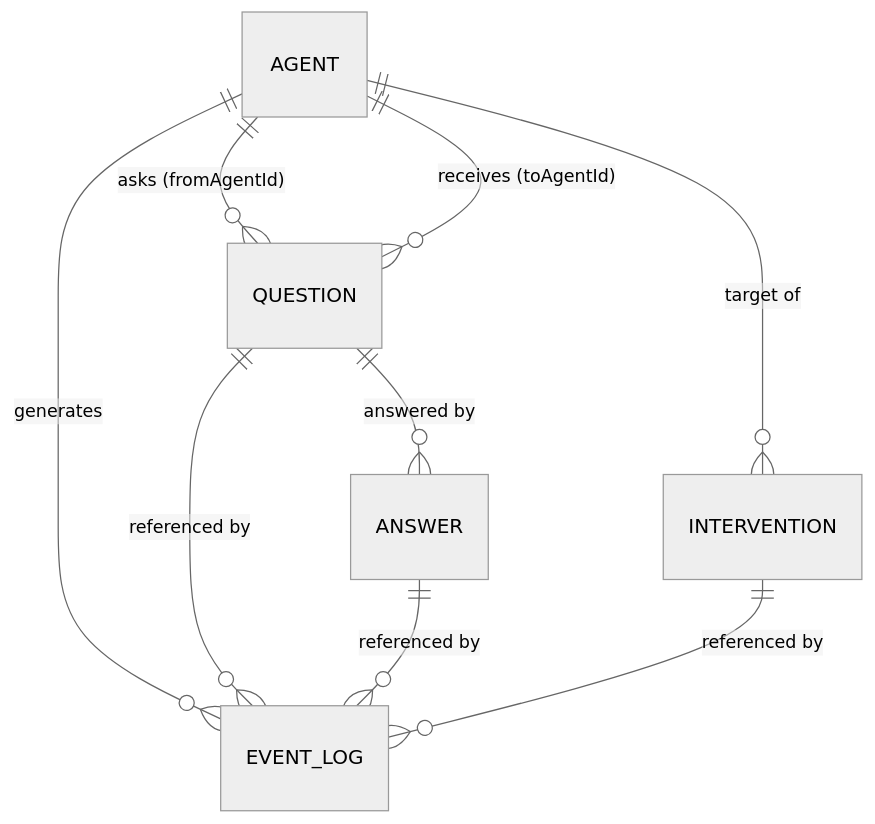
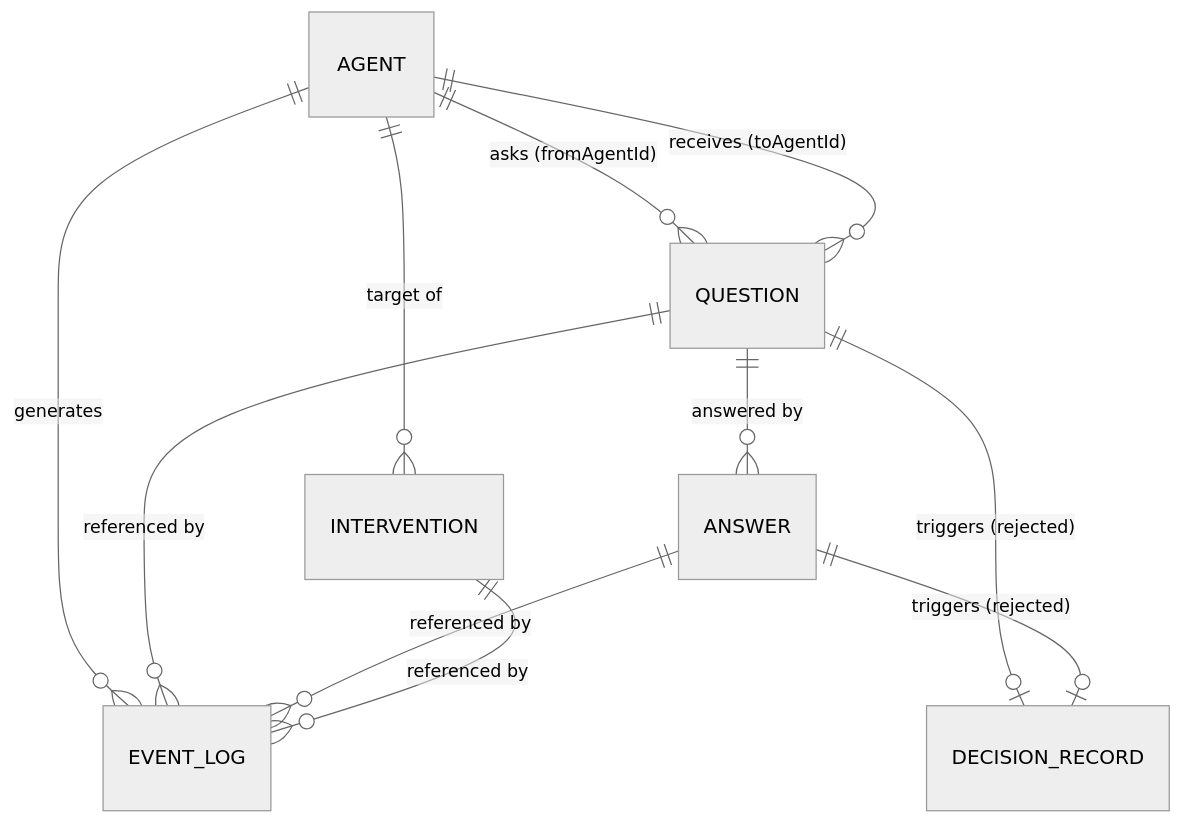
Before and after one commit to neisii/ai-development-orchestrator: the fifth of 5 diagrams in docs/data-model.md, drawn with Mermaid (neutral theme). The commit also changed other lines of this file and 15 other files, not shown here.

First line of the commit message:
Add Phase 2: Scribe Agent and Decision Record (requirements.md §15-20)

````diff
--- a/docs/data-model.md
+++ b/docs/data-model.md
@@ -200,11 +256,13 @@
 ```mermaid
 erDiagram
     AGENT ||--o{ EVENT_LOG : generates
     AGENT ||--o{ QUESTION : "asks (fromAgentId)"
     AGENT ||--o{ QUESTION : "receives (toAgentId)"
     AGENT ||--o{ INTERVENTION : "target of"
     QUESTION ||--o{ ANSWER : "answered by"
     QUESTION ||--o{ EVENT_LOG : "referenced by"
     ANSWER ||--o{ EVENT_LOG : "referenced by"
     INTERVENTION ||--o{ EVENT_LOG : "referenced by"
+    QUESTION ||--o| DECISION_RECORD : "triggers (rejected)"
+    ANSWER ||--o| DECISION_RECORD : "triggers (rejected)"
 ```
````
